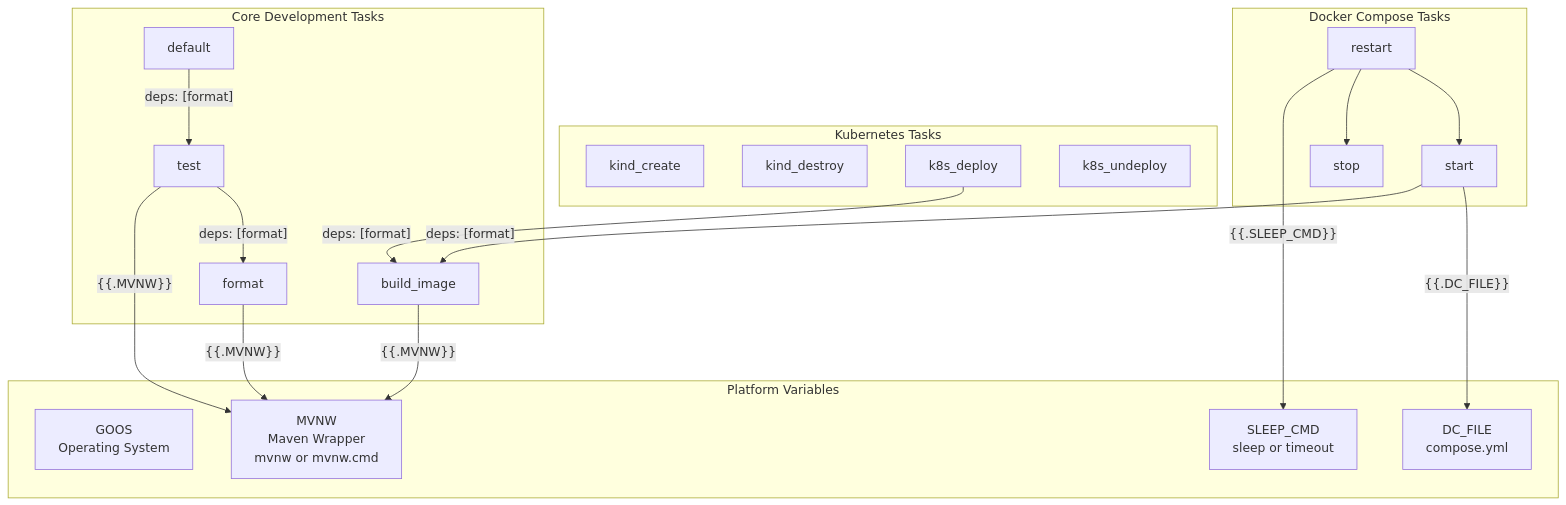
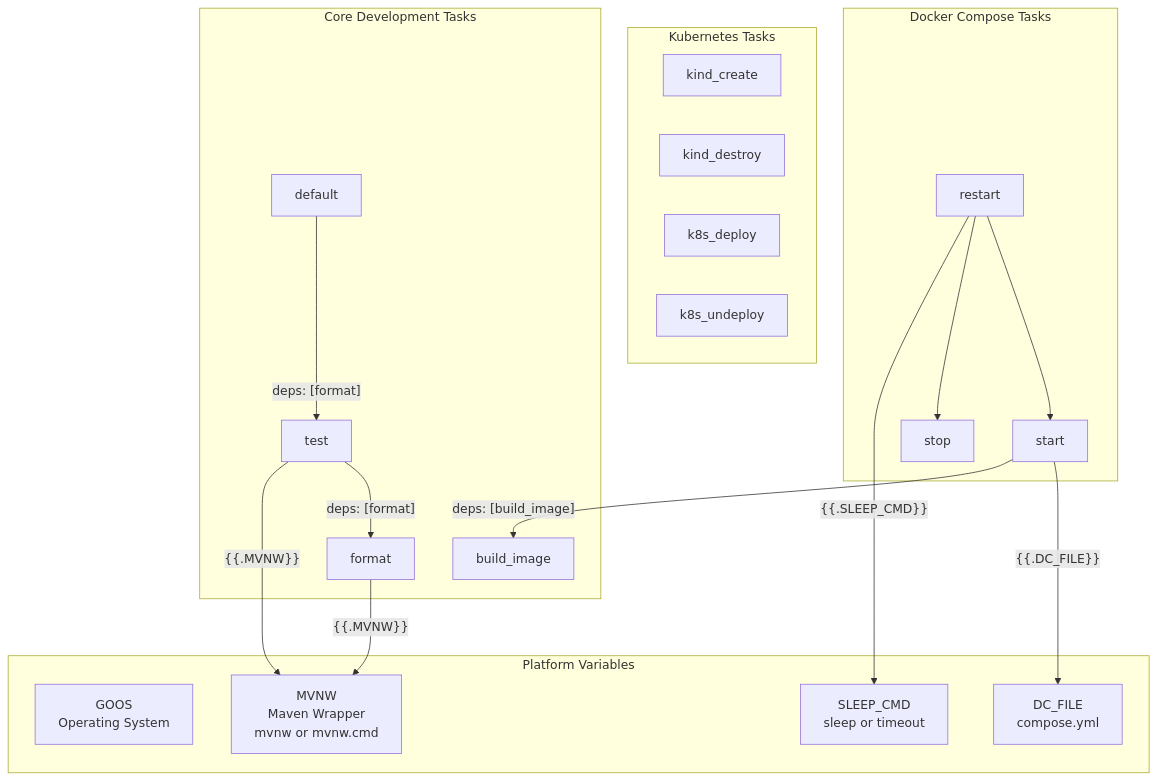
The first of 6 diagrams in docs/deepwiki/Development-Workflow-and-Build-Tasks.md (philipz/spring-modular-monolith), drawn with Mermaid before and after one commit. The commit also changed 32 other files, not shown here.

````diff
--- a/docs/deepwiki/Development-Workflow-and-Build-Tasks.md
+++ b/docs/deepwiki/Development-Workflow-and-Build-Tasks.md
@@ -24,58 +24,56 @@
 ```mermaid
 flowchart TD
 
 GOOS["GOOS<br>Operating System"]
 MVNW["MVNW<br>Maven Wrapper<br>mvnw or mvnw.cmd"]
 SLEEP_CMD["SLEEP_CMD<br>sleep or timeout"]
 DC_FILE["DC_FILE<br>compose.yml"]
 default["default"]
 test["test"]
 format["format"]
 build_image["build_image"]
 start["start"]
 stop["stop"]
 restart["restart"]
 kind_create["kind_create"]
 kind_destroy["kind_destroy"]
 k8s_deploy["k8s_deploy"]
 k8s_undeploy["k8s_undeploy"]
 
-start -->|"deps: [format]"| build_image
-k8s_deploy -->|"deps: [format]"| build_image
+start -->|"deps: [build_image]"| build_image
 format -->|"{{.MVNW}}"| MVNW
 test -->|"{{.MVNW}}"| MVNW
-build_image -->|"{{.MVNW}}"| MVNW
 start -->|"{{.DC_FILE}}"| DC_FILE
 restart -->|"{{.SLEEP_CMD}}"| SLEEP_CMD
 
 subgraph subGraph3 ["Kubernetes Tasks"]
     kind_create
     kind_destroy
     k8s_deploy
     k8s_undeploy
 end
 
 subgraph subGraph2 ["Docker Compose Tasks"]
     start
     stop
     restart
     restart --> stop
     restart --> start
 end
 
 subgraph subGraph1 ["Core Development Tasks"]
     default
     test
     format
     build_image
     default -->|"deps: [format]"| test
     test -->|"deps: [format]"| format
 end
 
 subgraph subGraph0 ["Platform Variables"]
     GOOS
     MVNW
     SLEEP_CMD
     DC_FILE
 end
 ```
````
